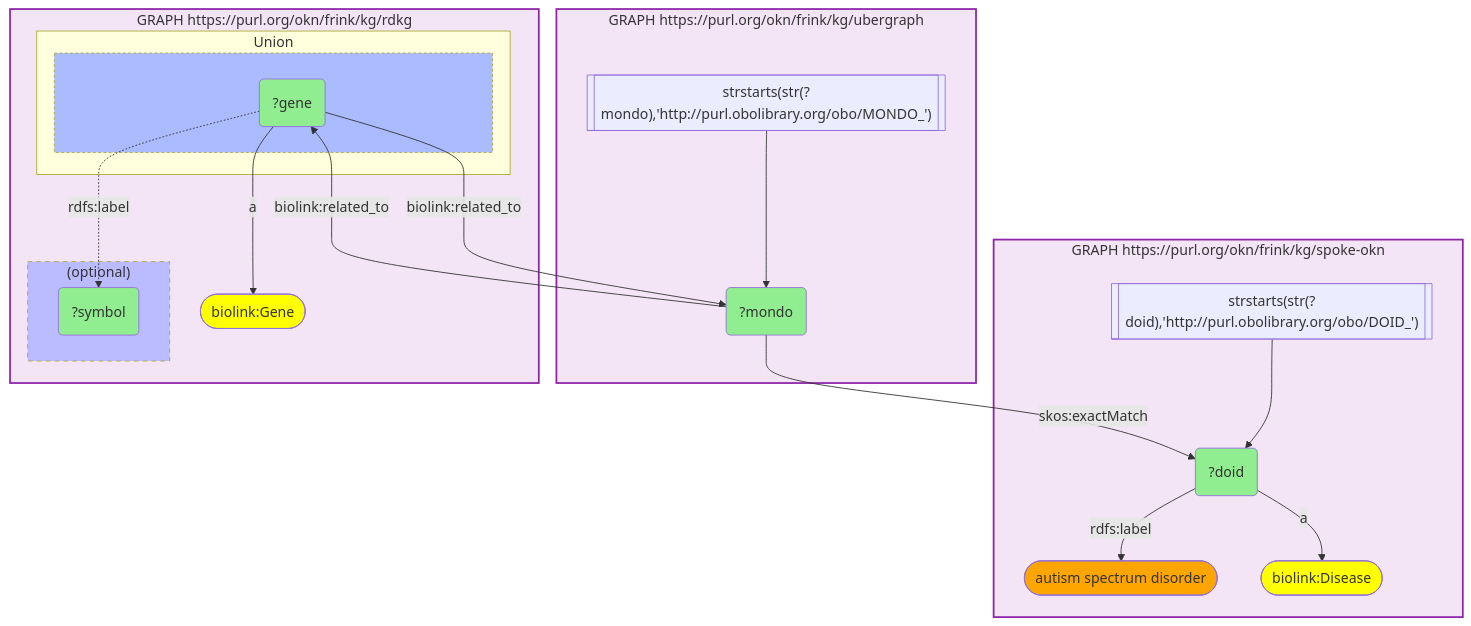
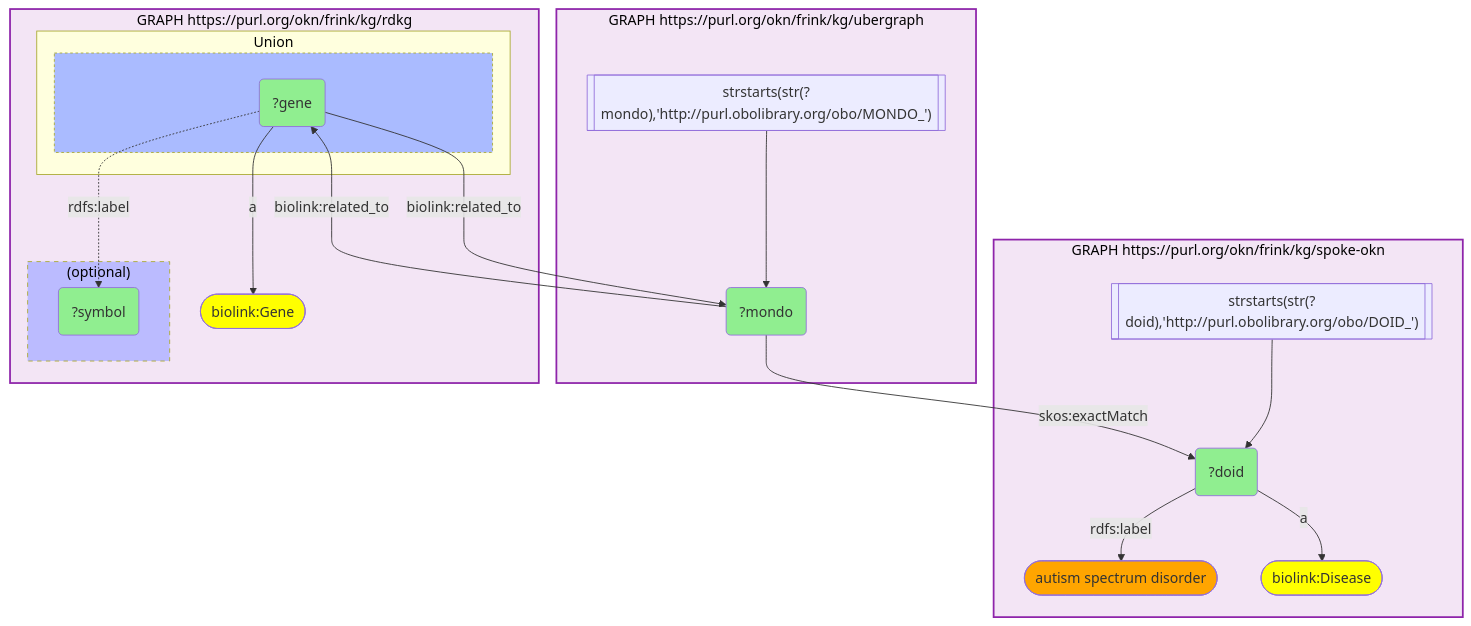
One commit to sbl-sdsc/sparql-to-mermaid changed the second of 2 diagrams in README.md. Above: the diagram before and after it, drawn with Mermaid. The commit also changed other lines of this file, not shown here.

````diff
--- a/README.md
+++ b/README.md
@@ -201,41 +209,42 @@
 ```mermaid
 graph TD
 classDef projected fill:lightgreen;
 classDef literal fill:orange;
 classDef iri fill:yellow;
   v1("?doid"):::projected 
   v3("?gene"):::projected 
   v2("?mondo"):::projected 
   v4("?symbol"):::projected 
   subgraph graph0["GRAPH https://purl.org/okn/frink/kg/spoke-okn"]
-    style graph0 fill:#f3e5f5,stroke:#8e24aa,stroke-width:2px;
+    style graph0 fill:#f3e5f5,stroke:#8e24aa,stroke-width:2px,color:#000;
     graph0c2(["autism spectrum disorder"]):::literal 
     graph0c4(["biolink:Disease"]):::iri 
     graph0f0[["strstarts(str(?doid),'http://purl.obolibrary.org/obo/DOID_')"]]
     graph0f0 --> v1
     v1 --"rdfs:label"--> graph0c2
     v1 --"a"--> graph0c4
   end
   subgraph graph1["GRAPH https://purl.org/okn/frink/kg/ubergraph"]
-    style graph1 fill:#f3e5f5,stroke:#8e24aa,stroke-width:2px;
+    style graph1 fill:#f3e5f5,stroke:#8e24aa,stroke-width:2px,color:#000;
     graph1f1[["strstarts(str(?mondo),'http://purl.obolibrary.org/obo/MONDO_')"]]
     graph1f1 --> v2
     v2 --"skos:exactMatch"--> v1
   end
   subgraph graph2["GRAPH https://purl.org/okn/frink/kg/rdkg"]
-    style graph2 fill:#f3e5f5,stroke:#8e24aa,stroke-width:2px;
+    style graph2 fill:#f3e5f5,stroke:#8e24aa,stroke-width:2px,color:#000;
     graph2c3(["biolink:Gene"]):::iri 
     subgraph uniongraph20[" Union "]
+    style uniongraph20 color:#000;
       v3 --"biolink:related_to"--> v2
     subgraph uniongraph20r[" "]
       style uniongraph20r fill:#abf,stroke-dasharray: 3 3;
       v2 --"biolink:related_to"--> v3
     end
     end
     v3 --"a"--> graph2c3
     subgraph optionalgraph20["(optional)"]
-    style optionalgraph20 fill:#bbf,stroke-dasharray: 5 5;
+    style optionalgraph20 fill:#bbf,stroke-dasharray: 5 5,color:#000;
       v3 -."rdfs:label".-> v4
     end
   end
 ```
````
